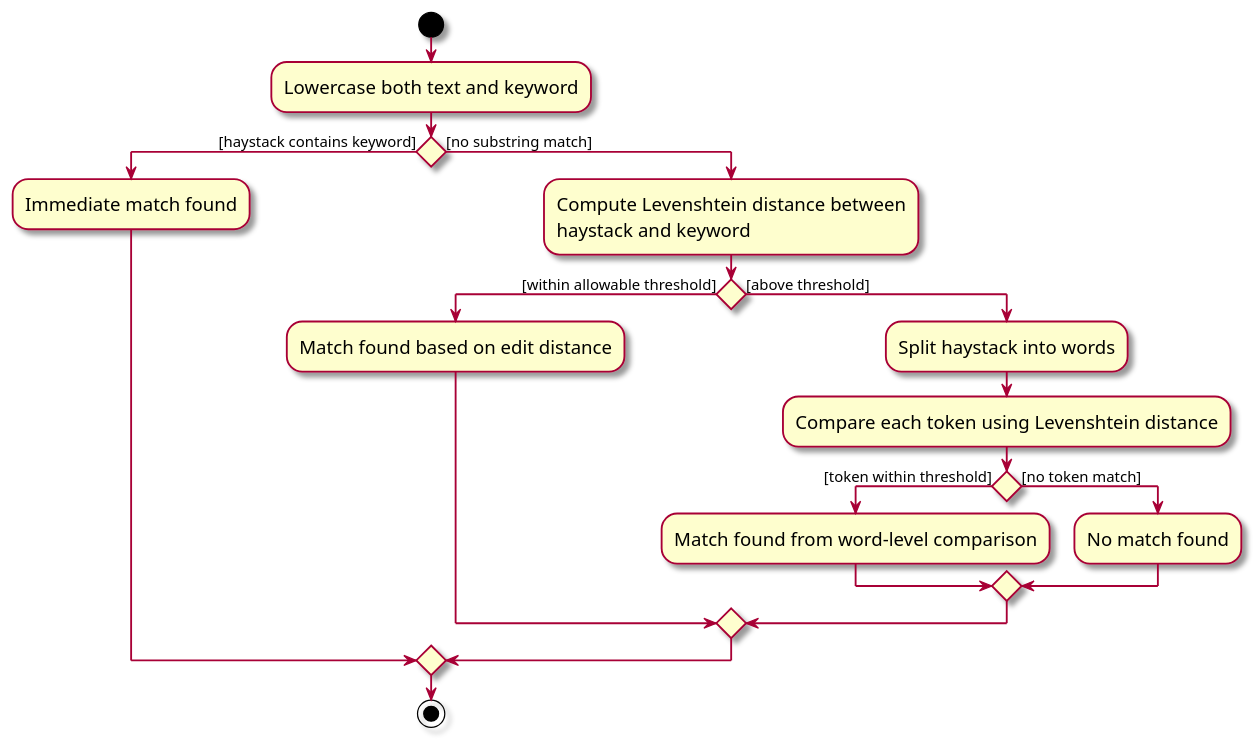
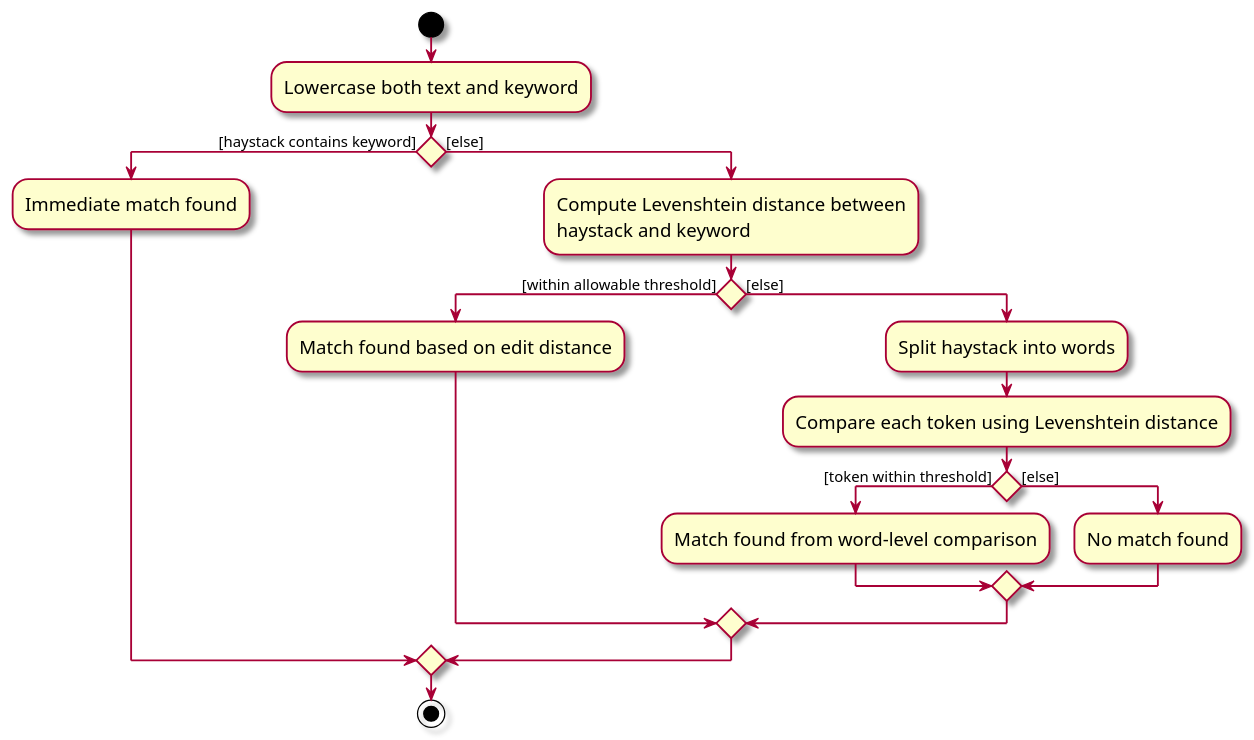
Before and after one commit to AY2526S1-CS2103T-F13-3/tp: the diagram in diagrams/FindMatchingActivityDiagram.puml, drawn with PlantUML. The commit also changed 36 other files, not shown here.

```diff
--- a/diagrams/FindMatchingActivityDiagram.puml
+++ b/diagrams/FindMatchingActivityDiagram.puml
@@ -1,30 +1,30 @@
 @startuml
 skin rose
 skinparam ActivityFontSize 15
 skinparam ArrowFontSize 12
 
 start
 :Lowercase both text and keyword;
 
 if () then ([haystack contains keyword])
     :Immediate match found;
-else ([no substring match])
+else ([else])
     :Compute Levenshtein distance between
     haystack and keyword;
 
     if () then ([within allowable threshold])
         :Match found based on edit distance;
-    else ([above threshold])
+    else ([else])
         :Split haystack into words;
         :Compare each token using Levenshtein distance;
 
         if () then ([token within threshold])
             :Match found from word-level comparison;
-        else ([no token match])
+        else ([else])
             :No match found;
         endif
     endif
 endif
 
 stop
 @enduml
```
